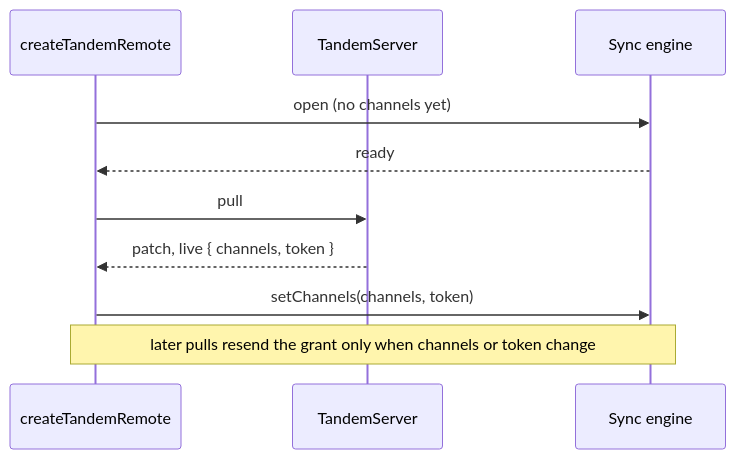
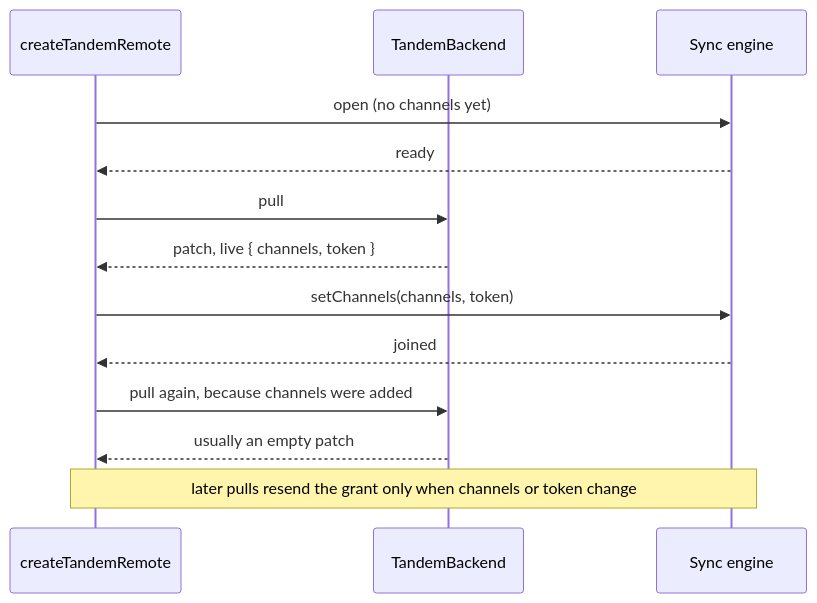
Before and after one commit to tanishqkancharla/tandem: the diagram in .diffmap/specs/tandem-sync-engine-refactor/10-channels.md, drawn with Mermaid. The commit also changed other lines of this file and 9 other files, not shown here.

Commit message:
Spec: name the stateless piece TandemBackend, make TandemServer the bundle, plan per-room Durable Objects

````diff
--- a/.diffmap/specs/tandem-sync-engine-refactor/10-channels.md
+++ b/.diffmap/specs/tandem-sync-engine-refactor/10-channels.md
@@ -54,12 +54,15 @@
 ```mermaid [Grant flow]
 sequenceDiagram
     participant C as createTandemRemote
-    participant S as TandemServer
+    participant S as TandemBackend
     participant E as Sync engine
     C->>E: open (no channels yet)
     E-->>C: ready
     C->>S: pull
     S-->>C: patch, live { channels, token }
     C->>E: setChannels(channels, token)
+    E-->>C: joined
+    C->>S: pull again, because channels were added
+    S-->>C: usually an empty patch
     Note over C,E: later pulls resend the grant only when channels or token change
 ```
````
